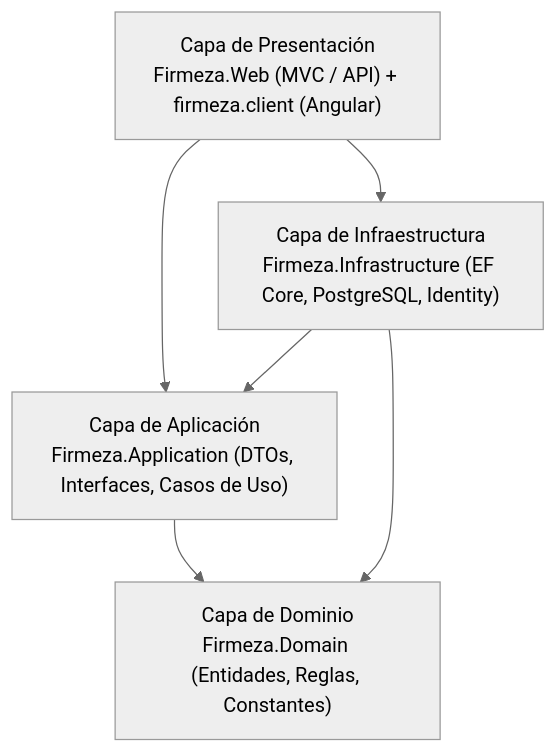
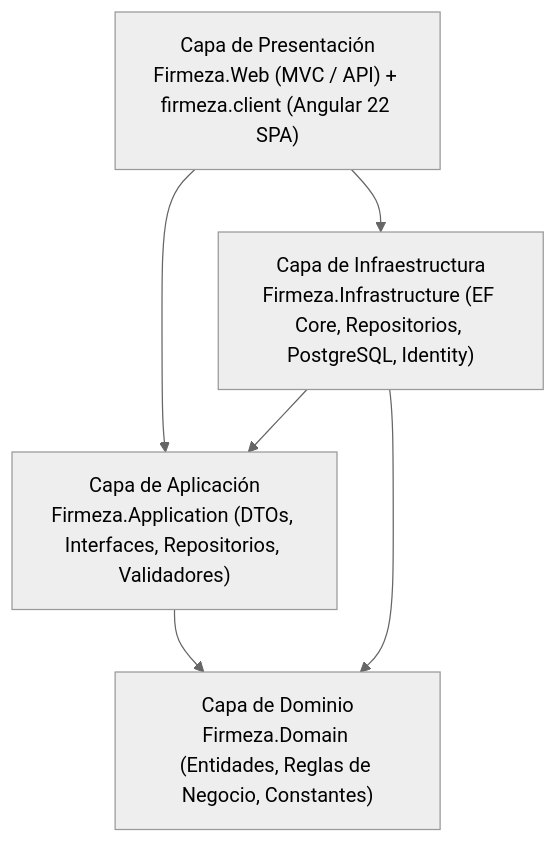
The first of 4 diagrams in README.md (harold-855/Firmeza), drawn with Mermaid (neutral theme) before and after one commit. The commit also changed other lines of this file and 67 other files, not shown here.

````diff
--- a/README.md
+++ b/README.md
@@ -37,8 +45,8 @@
 ```mermaid
 graph TD
-    A["Capa de Presentación<br/>Firmeza.Web (MVC / API) + firmeza.client (Angular)"] --> B["Capa de Aplicación<br/>Firmeza.Application (DTOs, Interfaces, Casos de Uso)"]
-    A --> C["Capa de Infraestructura<br/>Firmeza.Infrastructure (EF Core, PostgreSQL, Identity)"]
+    A["Capa de Presentación<br/>Firmeza.Web (MVC / API) + firmeza.client (Angular 22 SPA)"] --> B["Capa de Aplicación<br/>Firmeza.Application (DTOs, Interfaces, Repositorios, Validadores)"]
+    A --> C["Capa de Infraestructura<br/>Firmeza.Infrastructure (EF Core, Repositorios, PostgreSQL, Identity)"]
     C --> B
-    C --> D["Capa de Dominio<br/>Firmeza.Domain (Entidades, Reglas, Constantes)"]
+    C --> D["Capa de Dominio<br/>Firmeza.Domain (Entidades, Reglas de Negocio, Constantes)"]
     B --> D
 ```
````
